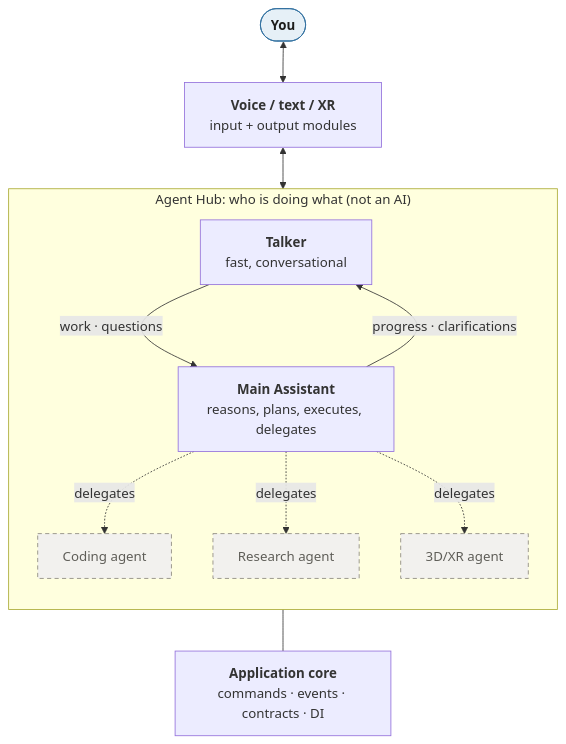
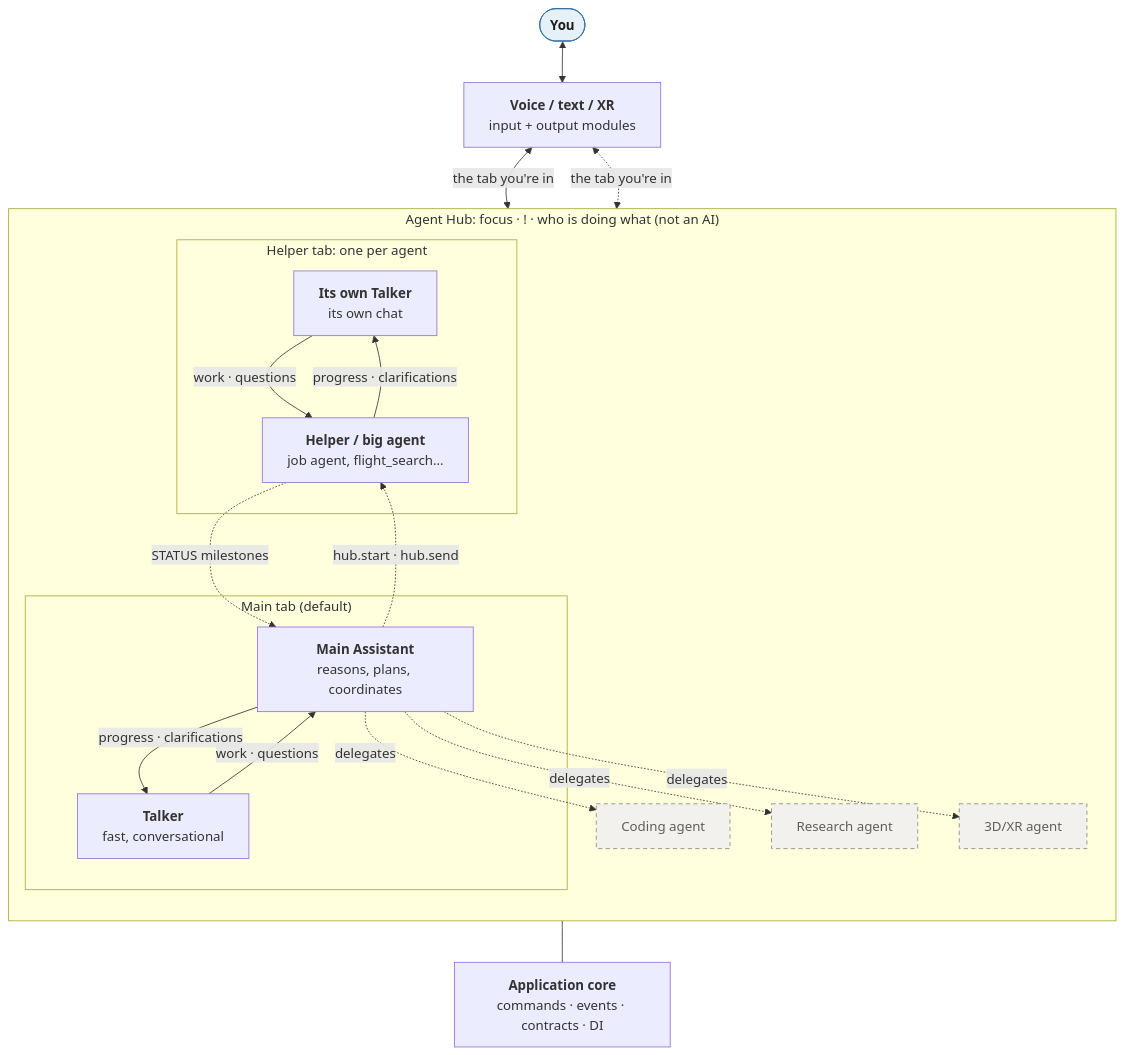
Before and after one commit to sharramon/AI_Assistant: the first of 8 diagrams in docs/architecture/agents.md, drawn with Mermaid. The commit also changed other lines of this file and 321 other files, not shown here.

````diff
--- a/docs/architecture/agents.md
+++ b/docs/architecture/agents.md
@@ -11,30 +13,41 @@
 ```mermaid
 flowchart TB
     Human(["<b>You</b>"])
     IO["<b>Voice / text / XR</b><br/>input + output modules"]
 
-    subgraph Hub["Agent Hub: who is doing what (not an AI)"]
+    subgraph Hub["Agent Hub: focus · ! · who is doing what (not an AI)"]
         direction TB
-        Talker["<b>Talker</b><br/>fast, conversational"]
-        Main["<b>Main Assistant</b><br/>reasons, plans, executes, delegates"]
+        subgraph MainTab["Main tab (default)"]
+            Talker["<b>Talker</b><br/>fast, conversational"]
+            Main["<b>Main Assistant</b><br/>reasons, plans, coordinates"]
+            Talker -- work · questions --> Main
+            Main -- progress · clarifications --> Talker
+        end
+        subgraph HelperTab["Helper tab: one per agent"]
+            HTalker["<b>Its own Talker</b><br/>its own chat"]
+            Helper["<b>Helper / big agent</b><br/>job agent, flight_search…"]
+            HTalker -- work · questions --> Helper
+            Helper -- progress · clarifications --> HTalker
+        end
         Coding["Coding agent"]
         Research["Research agent"]
         XR["3D/XR agent"]
-        Talker -- work · questions --> Main
-        Main -- progress · clarifications --> Talker
+        Main -. "hub.start · hub.send" .-> Helper
+        Helper -. "STATUS milestones" .-> Main
         Main -. delegates .-> Coding
         Main -. delegates .-> Research
         Main -. delegates .-> XR
     end
 
     Core["<b>Application core</b><br/>commands · events · contracts · DI"]
 
     Human <--> IO
-    IO <--> Talker
+    IO <-- "the tab you're in" --> Talker
+    IO <-. "the tab you're in" .-> HTalker
     Hub --- Core
 
     classDef person fill:#e6f0f7,stroke:#2f6f9f,color:#1d1d1b
     classDef later fill:#f2f1ee,stroke:#8a877c,stroke-dasharray:5 4,color:#5f5e58
     class Human person
     class Coding,Research,XR later
 ```
````
